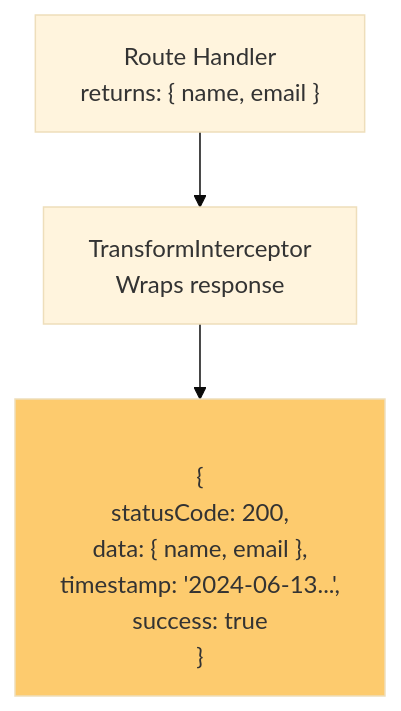
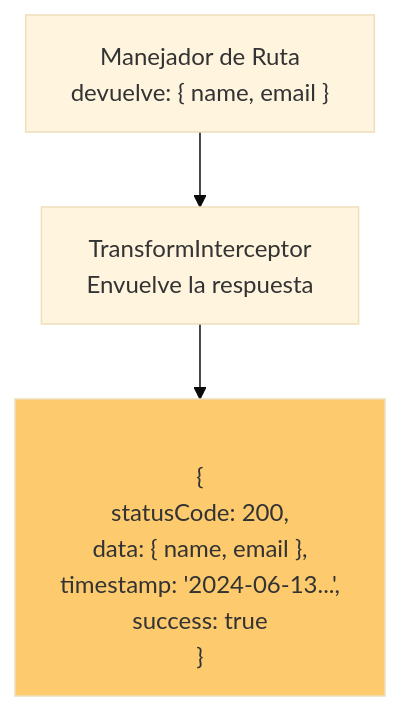
The eighth of 14 diagrams in docs-post-message/docs/backend/architecture/overview.md (Byroncl/laboratory-reviews), drawn with Mermaid (base theme) before and after one commit. The commit also changed other lines of this file and 17 other files, not shown here.

Commit message:
refactor: implement clean architecture patterns with domains, repositories, use cases, constants, and comprehensive tests

````diff
--- a/docs-post-message/docs/backend/architecture/overview.md
+++ b/docs-post-message/docs/backend/architecture/overview.md
@@ -232,12 +232,12 @@
 ```mermaid
 graph TB
-    Endpoint["Route Handler<br/>returns: { name, email }"]
-    Interceptor["TransformInterceptor<br/>Wraps response"]
+    Endpoint["Manejador de Ruta<br/>devuelve: { name, email }"]
+    Interceptor["TransformInterceptor<br/>Envuelve la respuesta"]
     
     Response["<br/>{\n  statusCode: 200,<br/>  data: { name, email },<br/>  timestamp: '2024-06-13...',<br/>  success: true<br/>}"]
     
     Endpoint --> Interceptor
     Interceptor --> Response
     
     style Response fill:#fdcb6e
 ```
````
